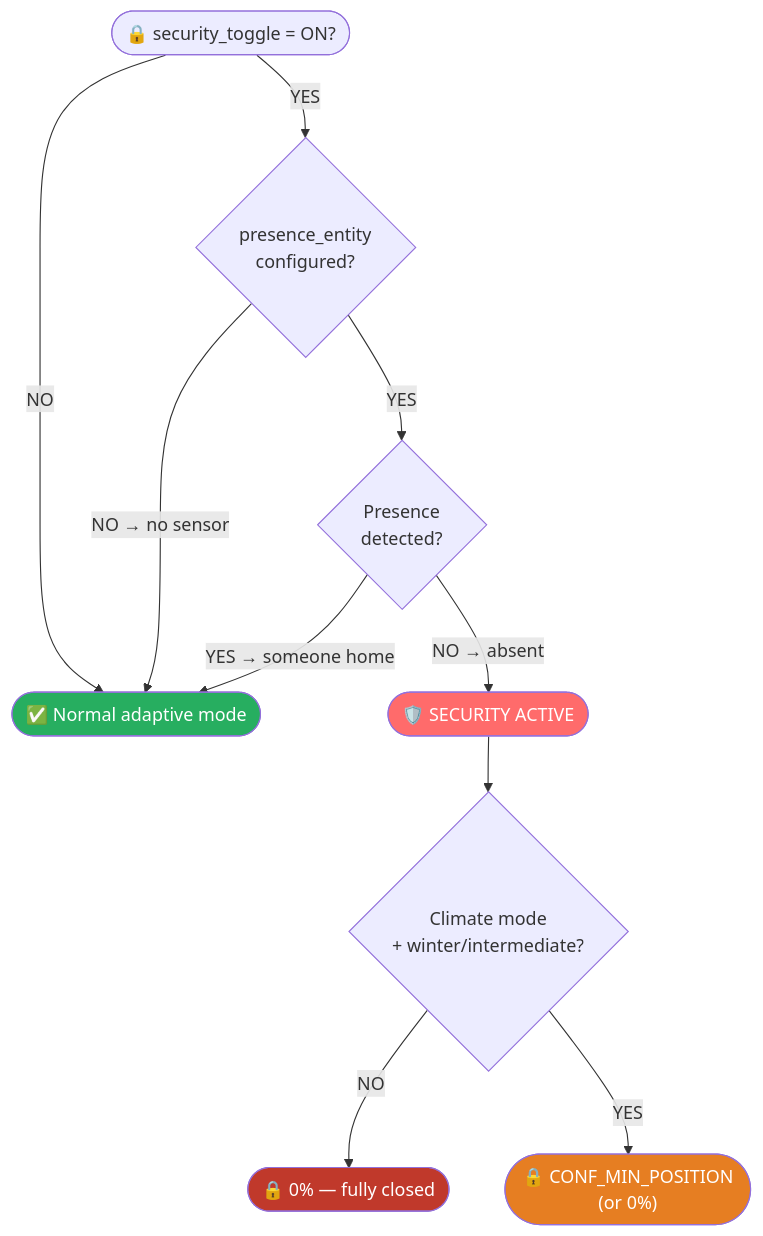
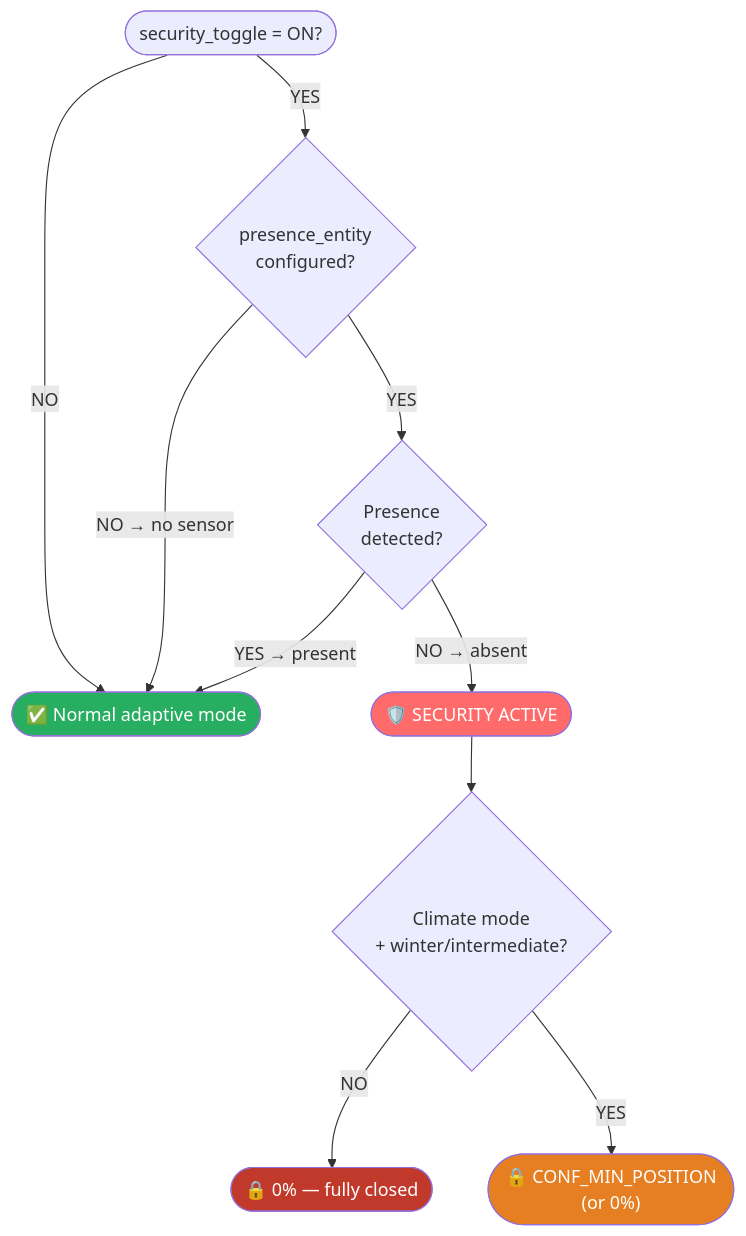
One commit to basbruss/adaptive-cover changed the third of 3 diagrams in custom_components/adaptive_cover/README.md. Above: the diagram before and after it, drawn with Mermaid. The commit also changed other lines of this file, not shown here.

Commit message:
docs: full decision flowchart with security mode + Control Modes section

````diff
--- a/custom_components/adaptive_cover/README.md
+++ b/custom_components/adaptive_cover/README.md
@@ -75,26 +118,26 @@
 ```mermaid
 flowchart TD
-    A(["🔒 security_toggle = ON?"])
+    A(["security_toggle = ON?"])
     B{"presence_entity\nconfigured?"}
     C{"Presence\ndetected?"}
     D(["✅ Normal adaptive mode"])
     E(["🛡️ SECURITY ACTIVE"])
     F{"Climate mode\n+ winter/intermediate?"}
     G(["🔒 0% — fully closed"])
     H(["🔒 CONF_MIN_POSITION\n(or 0%)"])
 
     A -->|NO| D
     A -->|YES| B
     B -->|NO → no sensor| D
     B -->|YES| C
-    C -->|YES → someone home| D
+    C -->|YES → present| D
     C -->|NO → absent| E
     E --> F
     F -->|NO| G
     F -->|YES| H
 
     style E fill:#ff6b6b,color:#fff
     style G fill:#c0392b,color:#fff
     style H fill:#e67e22,color:#fff
     style D fill:#27ae60,color:#fff
 ```
````
